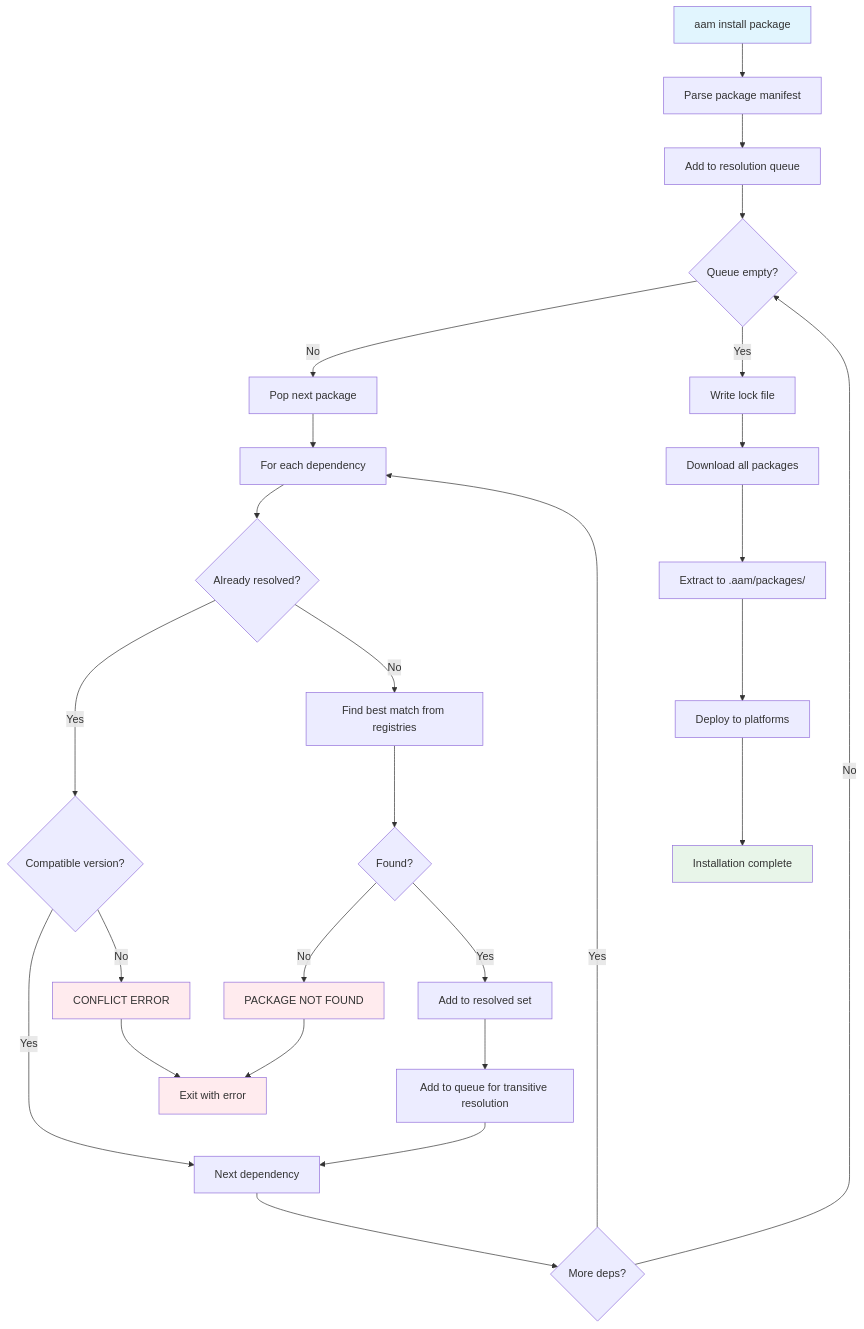
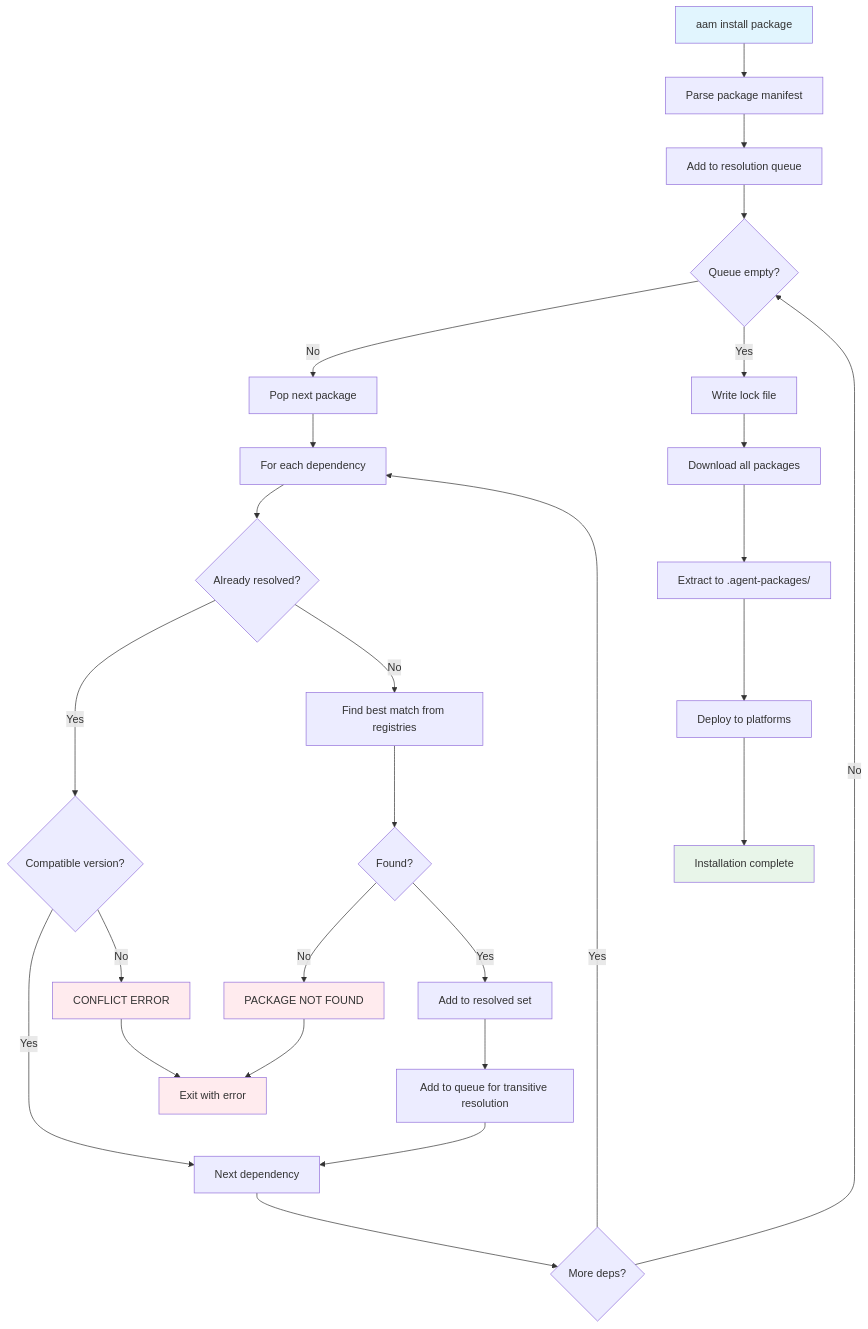
Before and after one commit to spazyCZ/agent-package-manager: the diagram in docs/user_docs/docs/concepts/dependencies.md, drawn with Mermaid. The commit also changed other lines of this file and 167 other files, not shown here.

````diff
--- a/docs/user_docs/docs/concepts/dependencies.md
+++ b/docs/user_docs/docs/concepts/dependencies.md
@@ -507,45 +544,45 @@
 ```mermaid
 flowchart TD
     Start[aam install package]
 
     Start --> Parse[Parse package manifest]
     Parse --> Queue[Add to resolution queue]
 
     Queue --> CheckQueue{Queue empty?}
     CheckQueue -->|No| PopQueue[Pop next package]
     CheckQueue -->|Yes| WriteLock[Write lock file]
 
     PopQueue --> ForEachDep[For each dependency]
     ForEachDep --> CheckResolved{Already resolved?}
 
     CheckResolved -->|Yes| CheckCompat{Compatible version?}
     CheckResolved -->|No| FindBest[Find best match from registries]
 
     CheckCompat -->|Yes| NextDep[Next dependency]
     CheckCompat -->|No| Conflict[CONFLICT ERROR]
 
     FindBest --> NotFound{Found?}
     NotFound -->|No| Error[PACKAGE NOT FOUND]
     NotFound -->|Yes| AddResolved[Add to resolved set]
 
     AddResolved --> AddQueue[Add to queue for transitive resolution]
     AddQueue --> NextDep
 
     NextDep --> MoreDeps{More deps?}
     MoreDeps -->|Yes| ForEachDep
     MoreDeps -->|No| CheckQueue
 
     WriteLock --> Download[Download all packages]
-    Download --> Extract[Extract to .aam/packages/]
+    Download --> Extract[Extract to .agent-packages/]
     Extract --> Deploy[Deploy to platforms]
     Deploy --> Done[Installation complete]
 
     Conflict --> End[Exit with error]
     Error --> End
 
     style Start fill:#e1f5fe
     style Done fill:#e8f5e9
     style Conflict fill:#ffebee
     style Error fill:#ffebee
     style End fill:#ffebee
 ```
````
